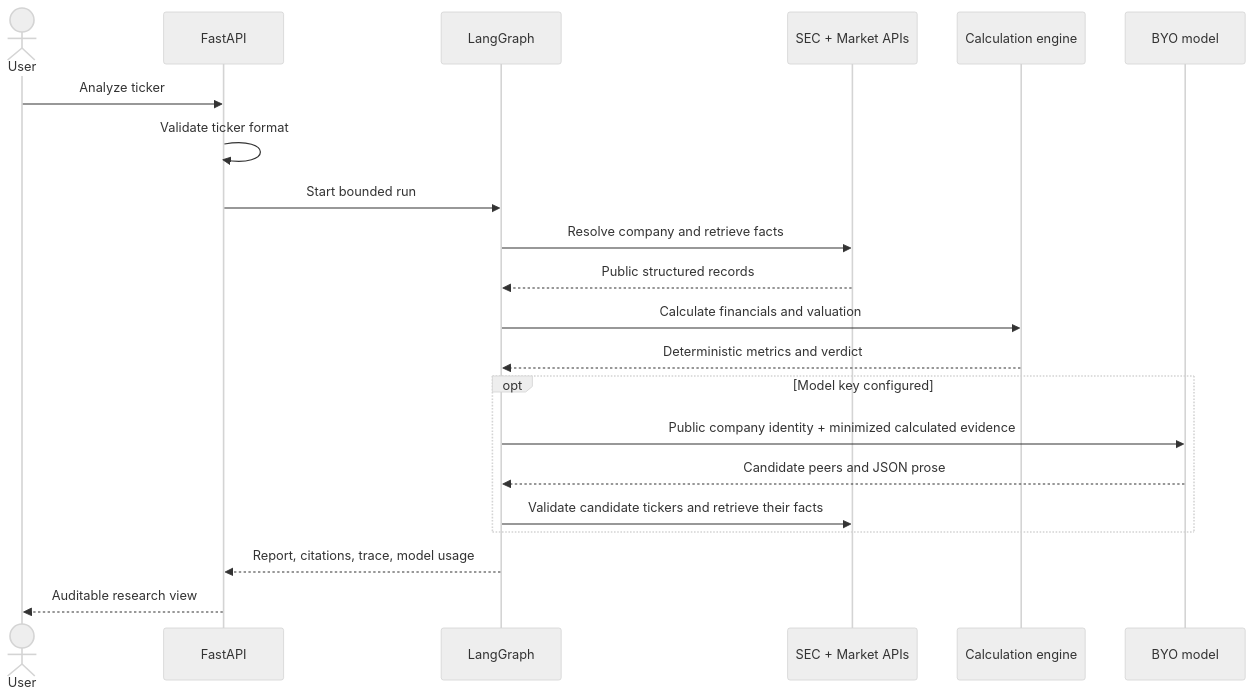
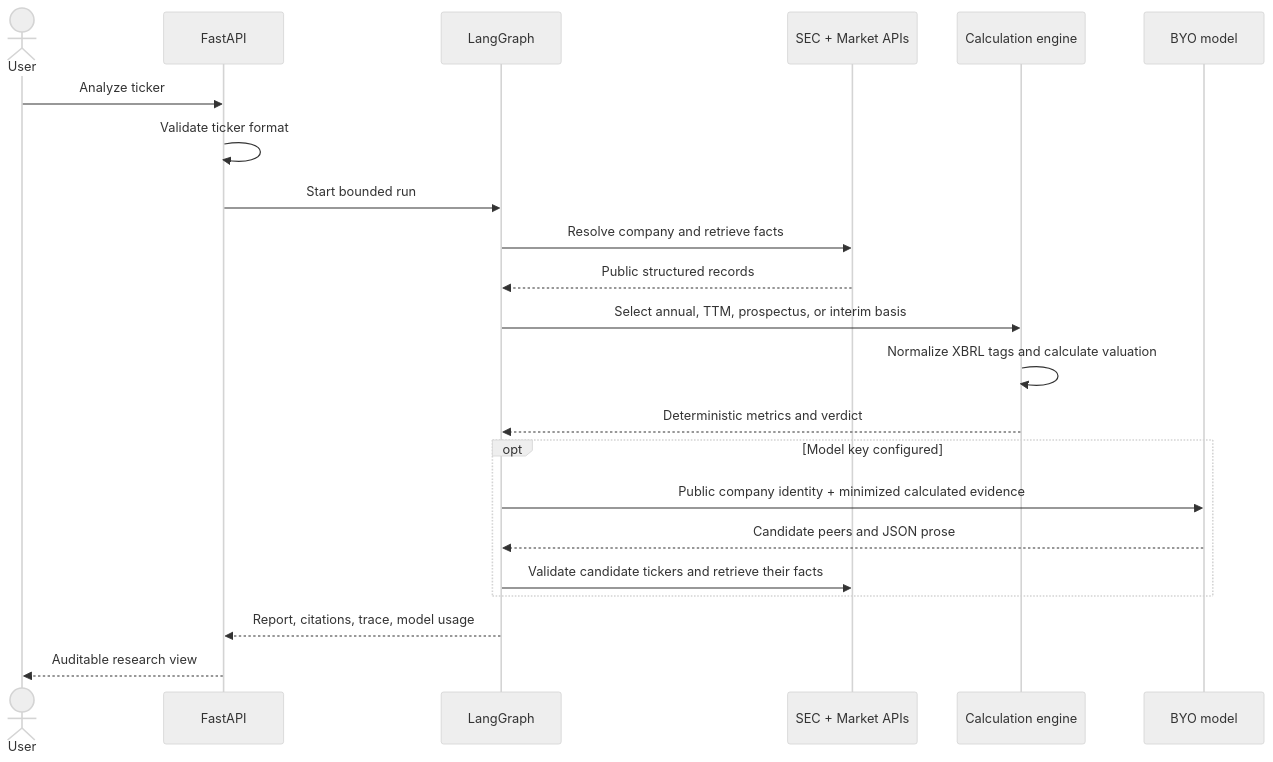
The second of 3 diagrams in docs/ARCHITECTURE.md (prentopoulos/financial-research-agent), drawn with Mermaid (neutral theme) before and after one commit. The commit also changed other lines of this file and 13 other files, not shown here.

````diff
--- a/docs/ARCHITECTURE.md
+++ b/docs/ARCHITECTURE.md
@@ -21,24 +21,25 @@
 ```mermaid
 sequenceDiagram
     actor User
     participant API as FastAPI
     participant Graph as LangGraph
     participant Public as SEC + Market APIs
     participant Python as Calculation engine
     participant Model as BYO model
 
     User->>API: Analyze ticker
     API->>API: Validate ticker format
     API->>Graph: Start bounded run
     Graph->>Public: Resolve company and retrieve facts
     Public-->>Graph: Public structured records
-    Graph->>Python: Calculate financials and valuation
+    Graph->>Python: Select annual, TTM, prospectus, or interim basis
+    Python->>Python: Normalize XBRL tags and calculate valuation
     Python-->>Graph: Deterministic metrics and verdict
     opt Model key configured
         Graph->>Model: Public company identity + minimized calculated evidence
         Model-->>Graph: Candidate peers and JSON prose
         Graph->>Public: Validate candidate tickers and retrieve their facts
     end
     Graph-->>API: Report, citations, trace, model usage
     API-->>User: Auditable research view
 ```
````
